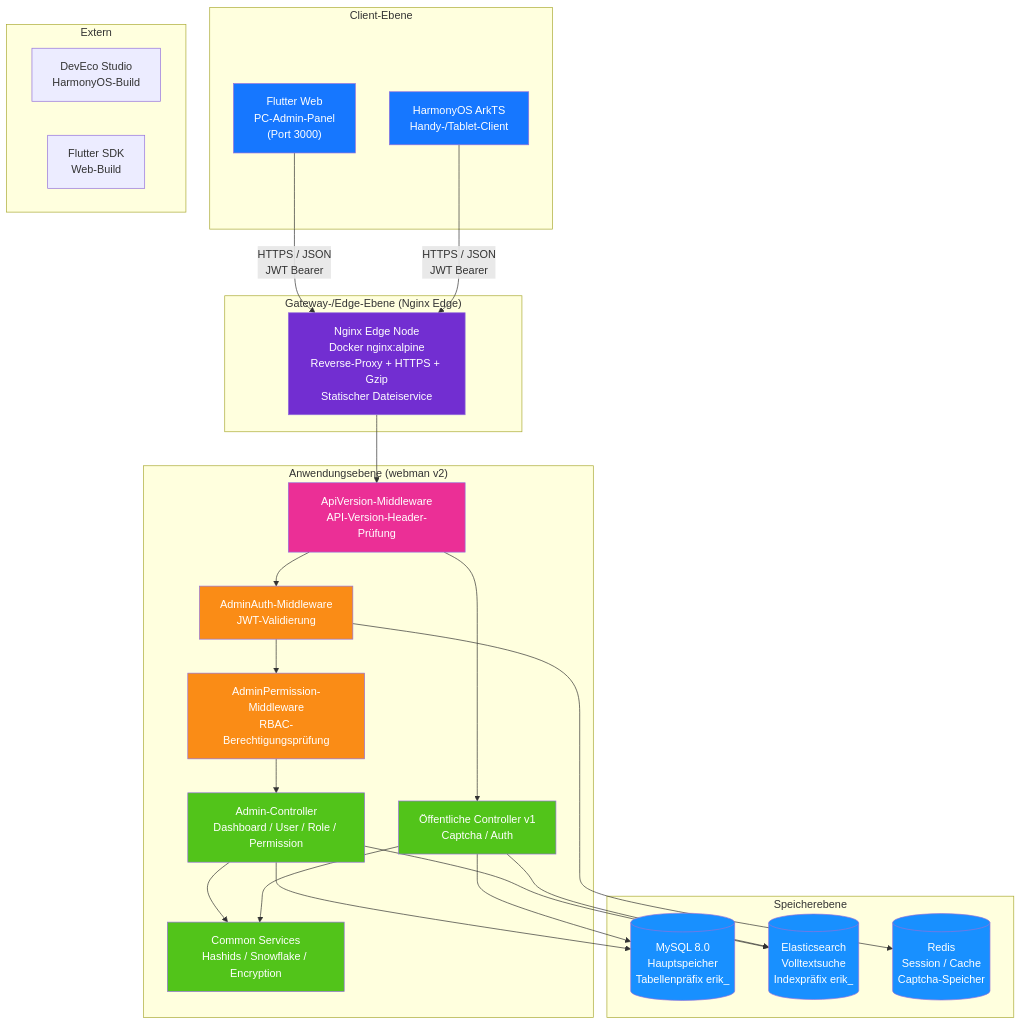
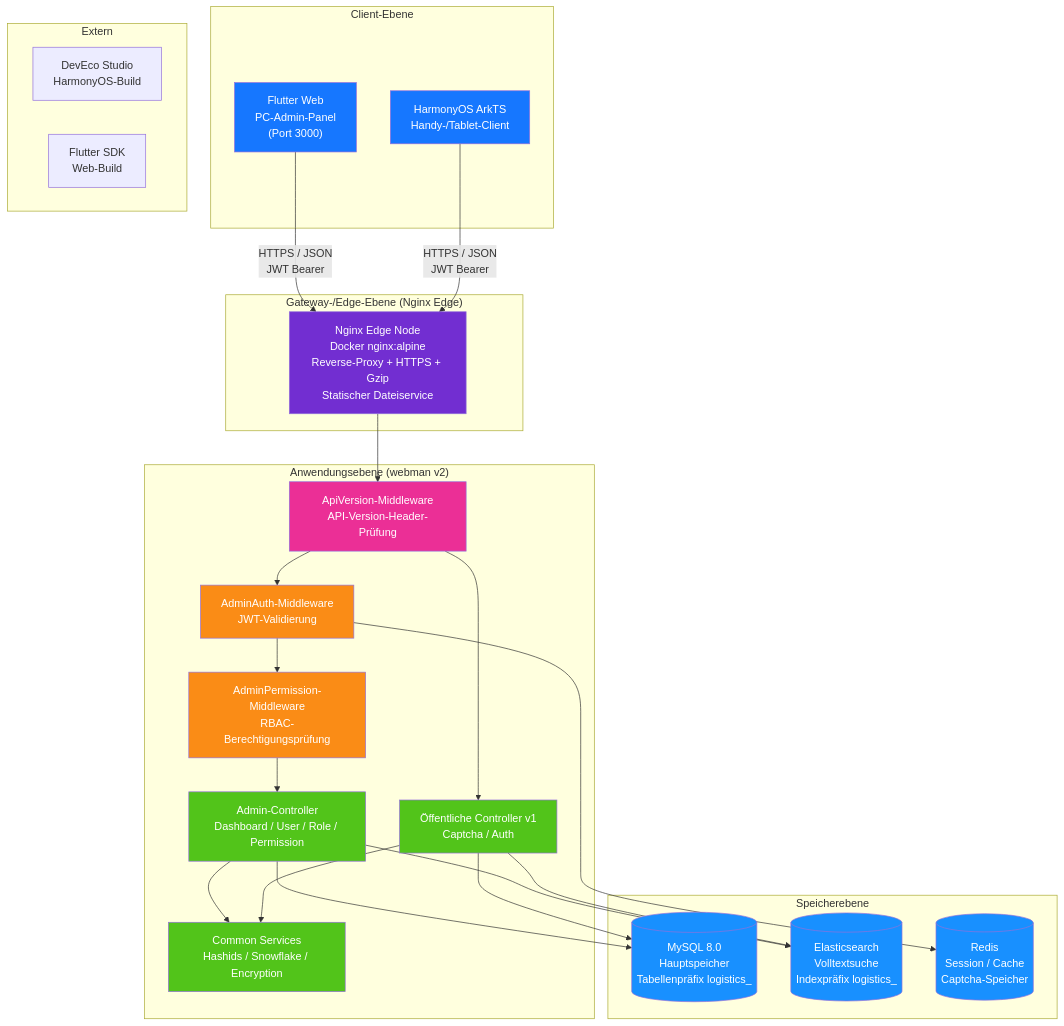
One commit to erikwang2013/integrated-global-logistics changed the first of 14 diagrams in admin/docs/ARCHITECTURE.de.md. Above: the diagram before and after it, drawn with Mermaid. The commit also changed other lines of this file and 211 other files, not shown here.

````diff
--- a/admin/docs/ARCHITECTURE.de.md
+++ b/admin/docs/ARCHITECTURE.de.md
@@ -13,59 +13,59 @@
 ```mermaid
 flowchart TB
     subgraph "Client-Ebene"
         A1["Flutter Web<br/>PC-Admin-Panel<br/>(Port 3000)"]
         A2["HarmonyOS ArkTS<br/>Handy-/Tablet-Client"]
     end
 
     subgraph "Gateway-/Edge-Ebene (Nginx Edge)"
         B1["Nginx Edge Node<br/>Docker nginx:alpine<br/>Reverse-Proxy + HTTPS + Gzip<br/>Statischer Dateiservice"]
     end
 
     subgraph "Anwendungsebene (webman v2)"
         C0["ApiVersion-Middleware<br/>API-Version-Header-Prüfung"]
         C1["AdminAuth-Middleware<br/>JWT-Validierung"]
         C2["AdminPermission-Middleware<br/>RBAC-Berechtigungsprüfung"]
         C3["Admin-Controller<br/>Dashboard / User / Role / Permission"]
         C4["Öffentliche Controller v1<br/>Captcha / Auth"]
         C5["Common Services<br/>Hashids / Snowflake / Encryption"]
     end
 
     subgraph "Speicherebene"
-        D1[("MySQL 8.0<br/>Hauptspeicher<br/>Tabellenpräfix erik_")]
-        D2[("Elasticsearch<br/>Volltextsuche<br/>Indexpräfix erik_")]
+        D1[("MySQL 8.0<br/>Hauptspeicher<br/>Tabellenpräfix logistics_")]
+        D2[("Elasticsearch<br/>Volltextsuche<br/>Indexpräfix logistics_")]
         D3[("Redis<br/>Session / Cache<br/>Captcha-Speicher")]
     end
 
     subgraph "Extern"
         E1["DevEco Studio<br/>HarmonyOS-Build"]
         E2["Flutter SDK<br/>Web-Build"]
     end
 
     A1 -->|"HTTPS / JSON<br/>JWT Bearer"| B1
     A2 -->|"HTTPS / JSON<br/>JWT Bearer"| B1
     B1 --> C0
     C0 --> C1
     C1 --> C2
     C2 --> C3
     C0 --> C4
     C3 --> C5
     C4 --> C5
     C3 --> D1
     C4 --> D1
     C3 --> D2
     C4 --> D2
     C1 --> D3
 
     style A1 fill:#1677FF,color:#fff
     style A2 fill:#1677FF,color:#fff
     style B1 fill:#722ED1,color:#fff
     style C0 fill:#EB2F96,color:#fff
     style C1 fill:#FA8C16,color:#fff
     style C2 fill:#FA8C16,color:#fff
     style C3 fill:#52C41A,color:#fff
     style C4 fill:#52C41A,color:#fff
     style C5 fill:#52C41A,color:#fff
     style D1 fill:#1890FF,color:#fff
     style D2 fill:#1890FF,color:#fff
     style D3 fill:#1890FF,color:#fff
 ```
````
